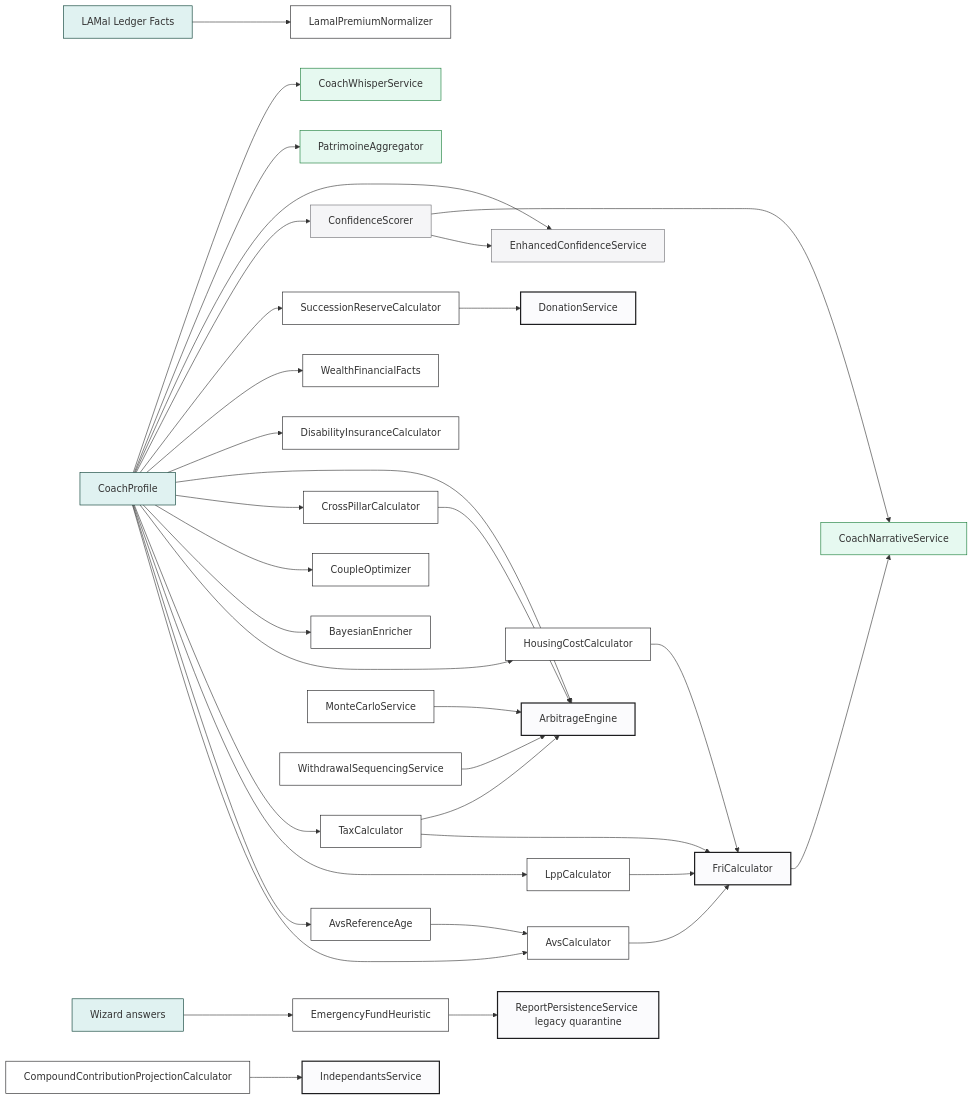
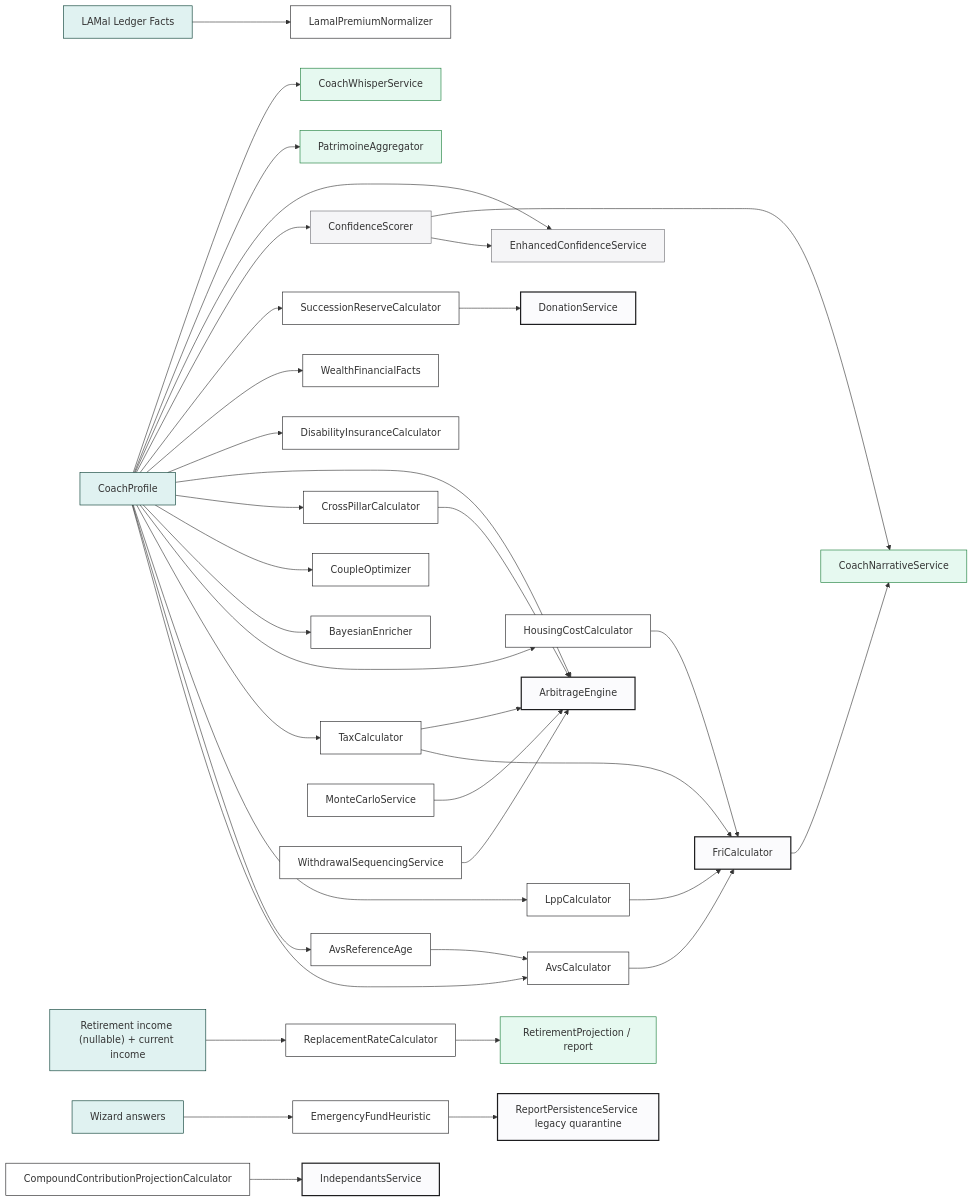
Before and after one commit to MINT-IA/MINT: the diagram in docs/calculator-graph.md, drawn with Mermaid. The commit also changed other lines of this file and 36 other files, not shown here.

````diff
--- a/docs/calculator-graph.md
+++ b/docs/calculator-graph.md
@@ -26,50 +26,52 @@
 ```mermaid
 flowchart LR
     PROFILE[CoachProfile]:::profile
 
     PROFILE --> AVS[AvsCalculator]:::calc
     PROFILE --> AVS_REF[AvsReferenceAge]:::calc
     AVS_REF --> AVS
     PROFILE --> LPP[LppCalculator]:::calc
     PROFILE --> TAX[TaxCalculator]:::calc
     PROFILE --> HOUSING[HousingCostCalculator]:::calc
     PROFILE --> BAYESIAN[BayesianEnricher]:::calc
 
     AVS --> FRI[FriCalculator]:::composer
     LPP --> FRI
     TAX --> FRI
     HOUSING --> FRI
 
     PROFILE --> COUPLE[CoupleOptimizer]:::calc
     PROFILE --> CROSS[CrossPillarCalculator]:::calc
     PROFILE --> ARB[ArbitrageEngine]:::composer
     CROSS --> ARB
     TAX --> ARB
     PROFILE --> DISABILITY[DisabilityInsuranceCalculator]:::calc
+    REPORT_INCOME["Retirement income (nullable) + current income"]:::profile --> REPLACEMENT[ReplacementRateCalculator]:::calc
+    REPLACEMENT --> RETIREMENT_REPORT["RetirementProjection / report"]:::ui
     WIZARD[Wizard answers]:::profile --> EMERGENCY[EmergencyFundHeuristic]:::calc
     EMERGENCY --> PERSIST[ReportPersistenceService legacy quarantine]:::composer
     PROFILE --> WEALTH[WealthFinancialFacts]:::calc
     PROFILE --> SUCCESSION[SuccessionReserveCalculator]:::calc
     LAMAL_FACTS[LAMal Ledger Facts]:::profile --> LAMAL[LamalPremiumNormalizer]:::calc
 
     PROFILE --> CONF[ConfidenceScorer]:::score
     PROFILE --> CONF_ENH[EnhancedConfidenceService]:::score
     CONF --> CONF_ENH
 
     PROFILE --> PAT[PatrimoineAggregator]:::ui
     PROFILE --> WHISPER[CoachWhisperService]:::ui
 
     FRI --> NAR[CoachNarrativeService]:::ui
     CONF --> NAR
 
     MC[MonteCarloService]:::calc --> ARB
     WITHDRAW[WithdrawalSequencingService]:::calc --> ARB
     COMPOUND[CompoundContributionProjectionCalculator]:::calc --> INDEP[IndependantsService]:::composer
     SUCCESSION --> DONATION[DonationService]:::composer
 
     classDef profile fill:#E0F2F1,stroke:#00382E
     classDef calc fill:#FFF,stroke:#1D1D1F
     classDef composer fill:#FBFBFD,stroke:#1D1D1F,stroke-width:2px
     classDef score fill:#F5F5F7,stroke:#6E6E73
     classDef ui fill:#E6F9F0,stroke:#157B35
 ```
````
